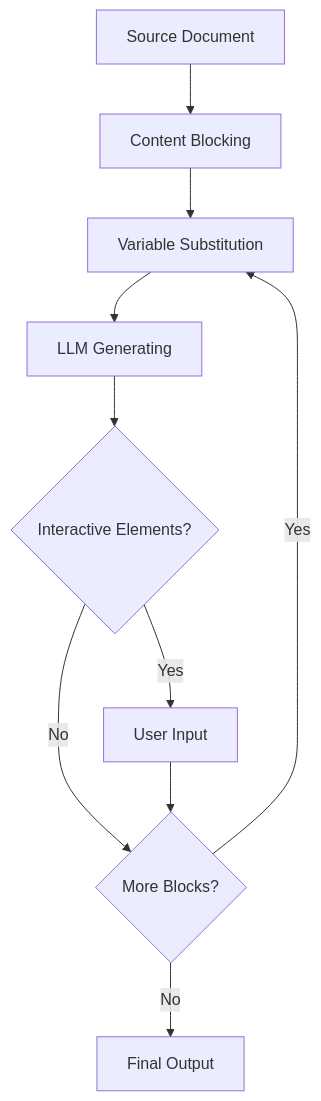
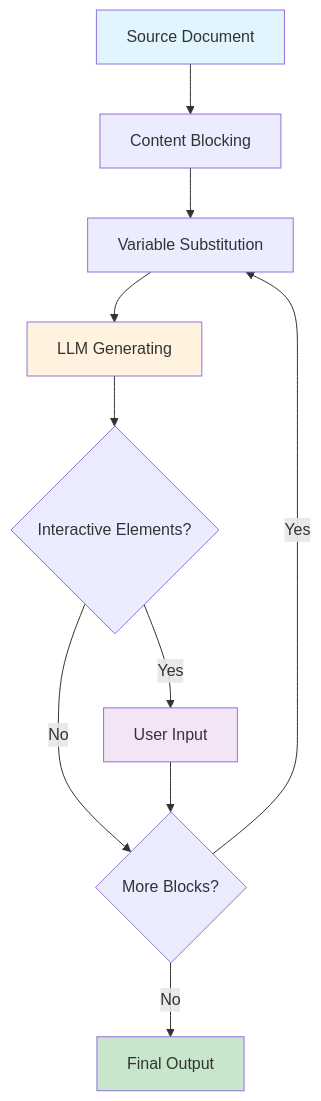
One commit to ai-shifu/markdown-flow changed the diagram in docs/docs/specification/how-it-works.md. Above: the diagram before and after it, drawn with Mermaid.

Commit message:
Enhance Processing Workflow diagram with improved styling and layout
- Upgrade from basic 'graph TD' to modern 'flowchart TD' syntax
- Add color coding for different workflow stages:
  - Light blue (#e1f5fe) for input (Source Document)
  - Green (#c8e6c9) for final output
  - Orange (#fff3e0) for LLM processing
  - Purple (#f3e5f5) for interactive elements
- Improve visual hierarchy and user comprehension
- Now that Mermaid rendering is fixed, use full feature set for better UX

🤖 Generated with [Claude Code](https://claude.ai/code)

````diff
--- a/docs/docs/specification/how-it-works.md
+++ b/docs/docs/specification/how-it-works.md
@@ -82,12 +82,17 @@
 ```mermaid
-graph TD
+flowchart TD
     A[Source Document] --> B[Content Blocking]
     B --> C[Variable Substitution]
     C --> D[LLM Generating]
     D --> E{Interactive Elements?}
     E -->|Yes| F[User Input]
     E -->|No| G{More Blocks?}
     F --> G
     G -->|Yes| C
     G -->|No| H[Final Output]
+
+    style A fill:#e1f5fe
+    style H fill:#c8e6c9
+    style D fill:#fff3e0
+    style F fill:#f3e5f5
 ```
````
